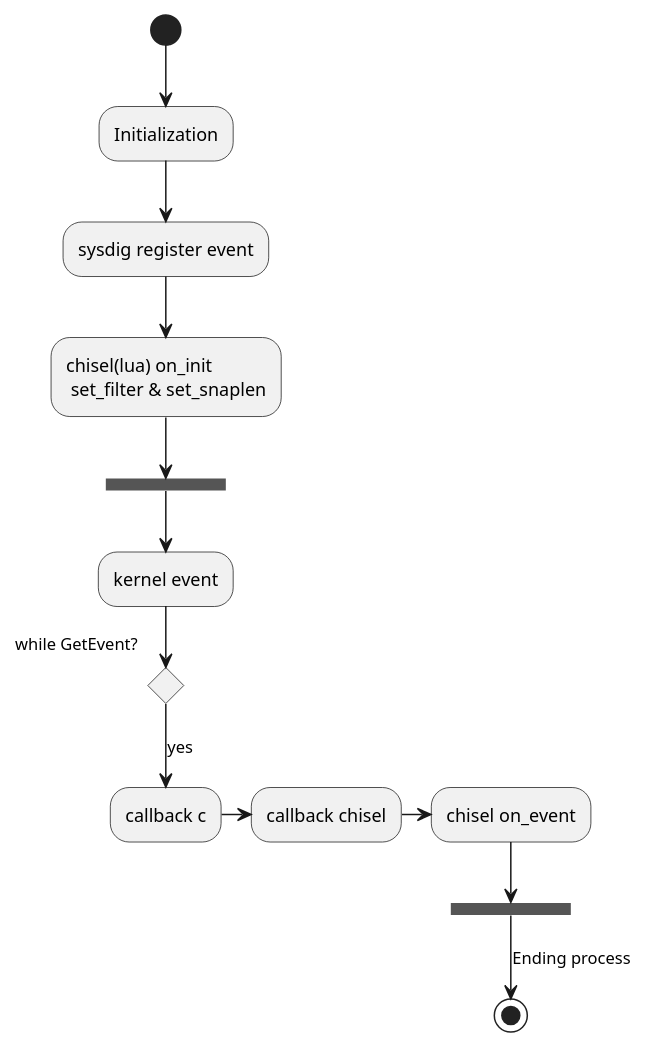
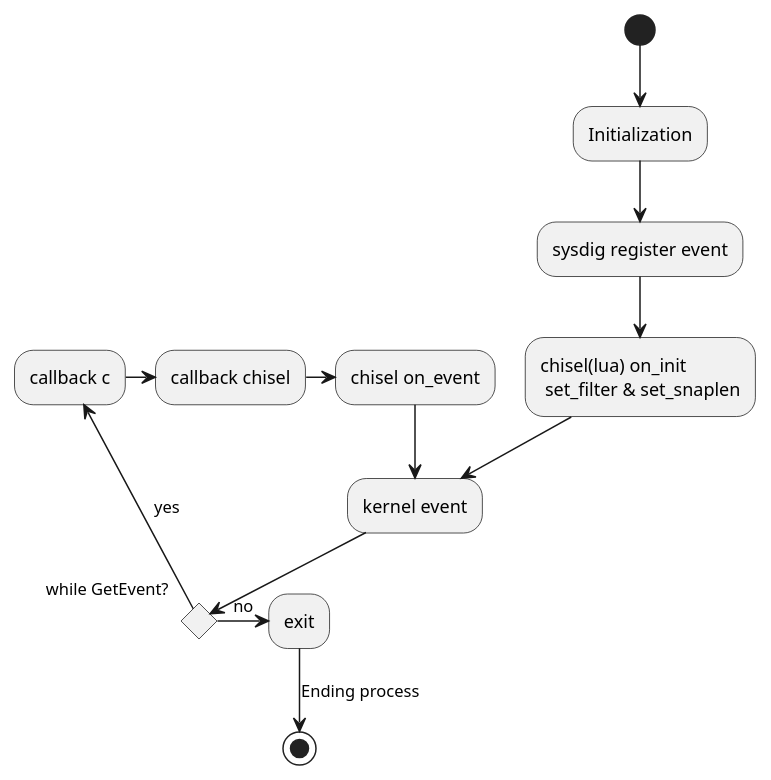
Before and after one commit to CodeJuan/blog: the diagram in source/_posts/sysdig.md, drawn with PlantUML. The commit also changed other lines of this file, not shown here.

Commit message:
optimize the diagram

```diff
--- a/source/_posts/sysdig.md
+++ b/source/_posts/sysdig.md
@@ -24,21 +24,22 @@
 {% plantuml %}
     (*) --> "Initialization"
 
     --> "sysdig register event"
 
     --> "chisel(lua) on_init\n set_filter & set_snaplen"
 
-    --> === S1 ===
 
     --> "kernel event"
 
     if "while GetEvent?" then
        -->[yes] "callback c"
        -> "callback chisel"
        -> "chisel on_event"
-
-    --> === S2 ===
+       --> "kernel event"
+    else
+      ->[no] "exit"
 
     -->[Ending process] (*)
 
+
 {% endplantuml %}
```
